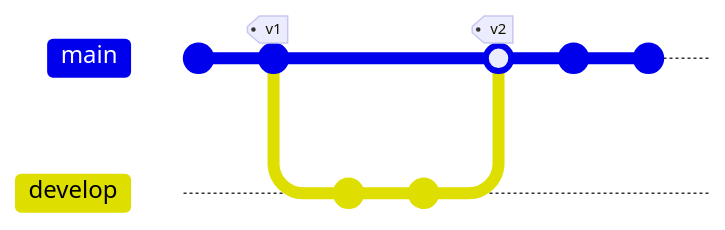
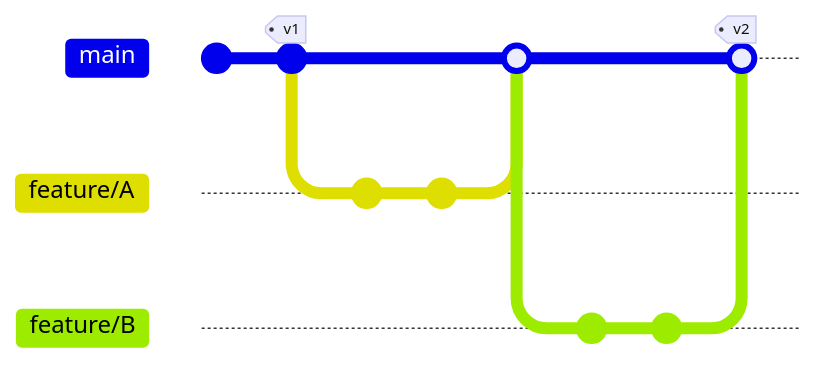
Before and after one commit to mattiasholm/code: the first of 6 diagrams in markdown/README.md, drawn with Mermaid. The commit also changed other lines of this file, not shown here. Commit ids are hidden.

Commit message:
Updated Markdown README

````diff
--- a/markdown/README.md
+++ b/markdown/README.md
@@ -327,12 +327,15 @@
 ```mermaid
 gitGraph
   commit
   commit tag: "v1"
-  branch develop
+  branch feature/A
   commit
   commit
   checkout main
-  merge develop tag: "v2"
+  merge feature/A
+  branch feature/B
   commit
   commit
+  checkout main
+  merge feature/B tag: "v2"
 ```
````
